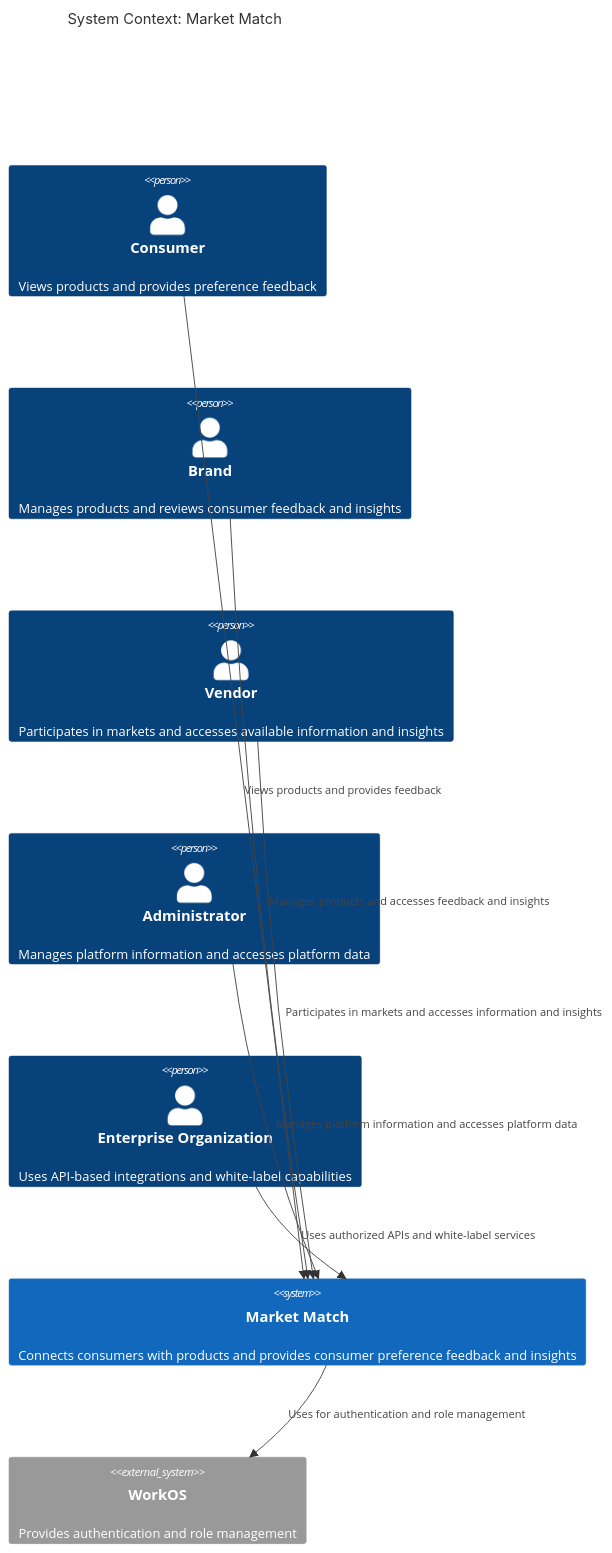
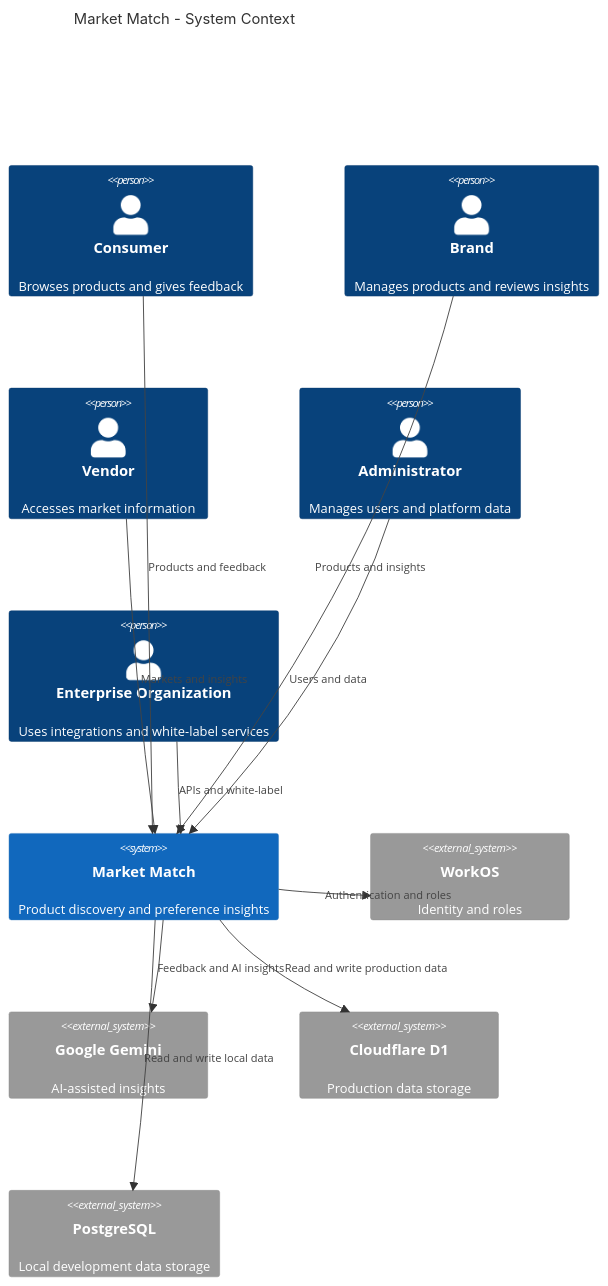
Before and after one commit to gkuchar/cosc-40943-team-11-market-match: the first of 3 diagrams in docs/design/architectural-design.md, drawn with Mermaid. The commit also changed other lines of this file, not shown here.

Commit message:
added context diagram between workos, gemini, and PostGRE SQL (#17)

````diff
--- a/docs/design/architectural-design.md
+++ b/docs/design/architectural-design.md
@@ -94,22 +96,30 @@
 ```mermaid
 C4Context
-    title System Context: Market Match
+    title Market Match - System Context
 
-    Person(consumer, "Consumer", "Views products and provides preference feedback")
-    Person(brand, "Brand", "Manages products and reviews consumer feedback and insights")
-    Person(vendor, "Vendor", "Participates in markets and accesses available information and insights")
-    Person(admin, "Administrator", "Manages platform information and accesses platform data")
-    Person(enterprise, "Enterprise Organization", "Uses API-based integrations and white-label capabilities")
+    Person(consumer, "Consumer", "Browses products and gives feedback")
+    Person(brand, "Brand", "Manages products and reviews insights")
+    Person(vendor, "Vendor", "Accesses market information")
+    Person(admin, "Administrator", "Manages users and platform data")
+    Person(enterprise, "Enterprise Organization", "Uses integrations and white-label services")
 
-    System(mm, "Market Match", "Connects consumers with products and provides consumer preference feedback and insights")
+    System(mm, "Market Match", "Product discovery and preference insights")
 
-    System_Ext(workos, "WorkOS", "Provides authentication and role management")
+    System_Ext(workos, "WorkOS", "Identity and roles")
+    System_Ext(gemini, "Google Gemini", "AI-assisted insights")
+    System_Ext(d1, "Cloudflare D1", "Production data storage")
+    System_Ext(postgres, "PostgreSQL", "Local development data storage")
 
-    Rel(consumer, mm, "Views products and provides feedback")
-    Rel(brand, mm, "Manages products and accesses feedback and insights")
-    Rel(vendor, mm, "Participates in markets and accesses information and insights")
-    Rel(admin, mm, "Manages platform information and accesses platform data")
-    Rel(enterprise, mm, "Uses authorized APIs and white-label services")
+    Rel(consumer, mm, "Products and feedback")
+    Rel(brand, mm, "Products and insights")
+    Rel(vendor, mm, "Markets and insights")
+    Rel(admin, mm, "Users and data")
+    Rel(enterprise, mm, "APIs and white-label")
 
-    Rel(mm, workos, "Uses for authentication and role management")
+    Rel(mm, workos, "Authentication and roles")
+    Rel(mm, gemini, "Feedback and AI insights")
+    Rel(mm, d1, "Read and write production data")
+    Rel(mm, postgres, "Read and write local data")
+
+    UpdateLayoutConfig($c4ShapeInRow="3", $c4BoundaryInRow="1")
 ```
````
